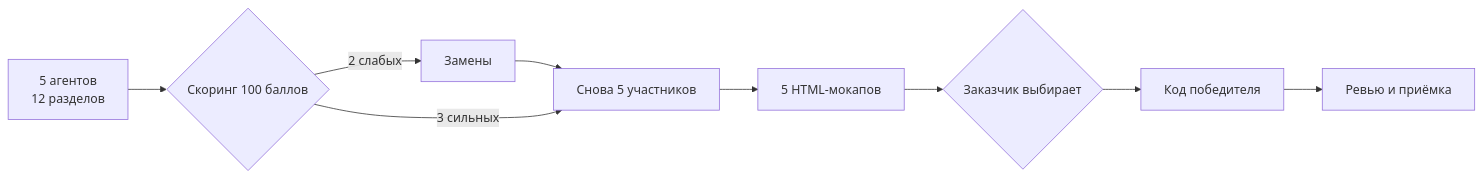
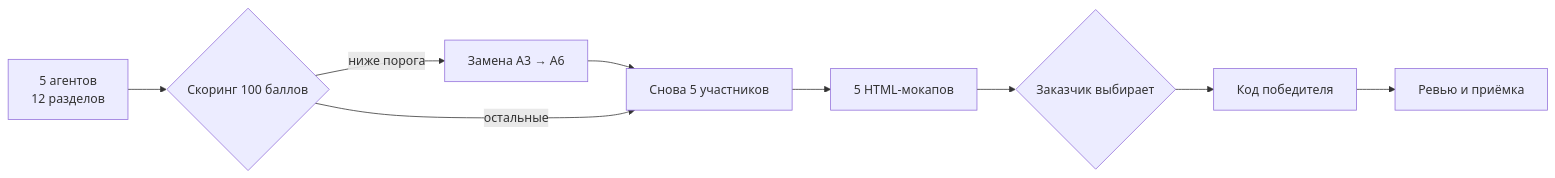
Before and after one commit to sledovatel61/avtotehservis: the diagram in README.md, drawn with Mermaid. The commit also changed other lines of this file and 20 other files, not shown here.

````diff
--- a/README.md
+++ b/README.md
@@ -30,11 +30,11 @@
 ```mermaid
 flowchart LR
     A[5 агентов<br/>12 разделов] --> B{Скоринг 100 баллов}
-    B -->|2 слабых| C[Замены]
+    B -->|ниже порога| C[Замена A3 → A6]
     C --> D[Снова 5 участников]
-    B -->|3 сильных| D
+    B -->|остальные| D
     D --> E[5 HTML-мокапов]
     E --> F{Заказчик выбирает}
     F --> G[Код победителя]
     G --> H[Ревью и приёмка]
 ```
````
